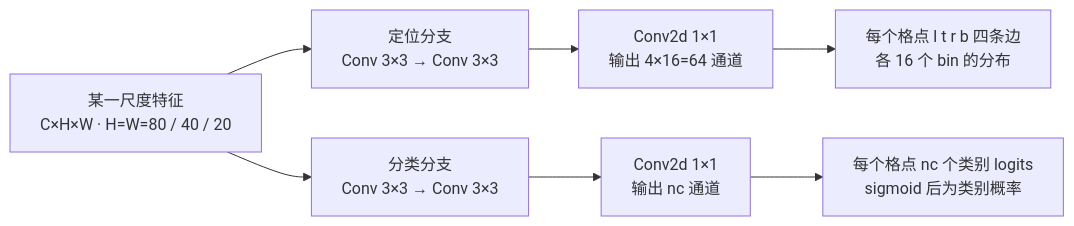
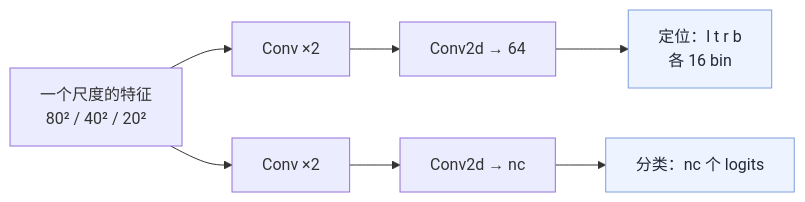
Before and after one commit to cheerhin-yi/Doctoral-Research-Outline: the diagram in 00_Practice_UAV_Aerial_Detection/Learning_Notes/assets/01_YOLO_Research_Core/01_yolo_head.mmd, drawn with Mermaid. The commit also changed 35 other files, not shown here.

```diff
--- a/00_Practice_UAV_Aerial_Detection/Learning_Notes/assets/01_YOLO_Research_Core/01_yolo_head.mmd
+++ b/00_Practice_UAV_Aerial_Detection/Learning_Notes/assets/01_YOLO_Research_Core/01_yolo_head.mmd
@@ -1,7 +1,9 @@
 flowchart LR
-    P["某一尺度特征<br/>C×H×W · H=W=80 / 40 / 20"] --> B1["定位分支<br/>Conv 3×3 → Conv 3×3"]
-    P --> C1["分类分支<br/>Conv 3×3 → Conv 3×3"]
-    B1 --> B2["Conv2d 1×1<br/>输出 4×16=64 通道"]
-    C1 --> C2["Conv2d 1×1<br/>输出 nc 通道"]
-    B2 --> BO["每个格点 l t r b 四条边<br/>各 16 个 bin 的分布"]
-    C2 --> CO["每个格点 nc 个类别 logits<br/>sigmoid 后为类别概率"]
+    F["一个尺度的特征<br/>80² / 40² / 20²"] --> B1["Conv ×2"]
+    F --> C1["Conv ×2"]
+    B1 --> B2["Conv2d → 64"]
+    C1 --> C2["Conv2d → nc"]
+    B2 --> BO["定位：l t r b<br/>各 16 bin"]
+    C2 --> CO["分类：nc 个 logits"]
+    classDef acc fill:#eef4ff,stroke:#7c9fdc,color:#1f2937
+    class BO,CO acc
```
